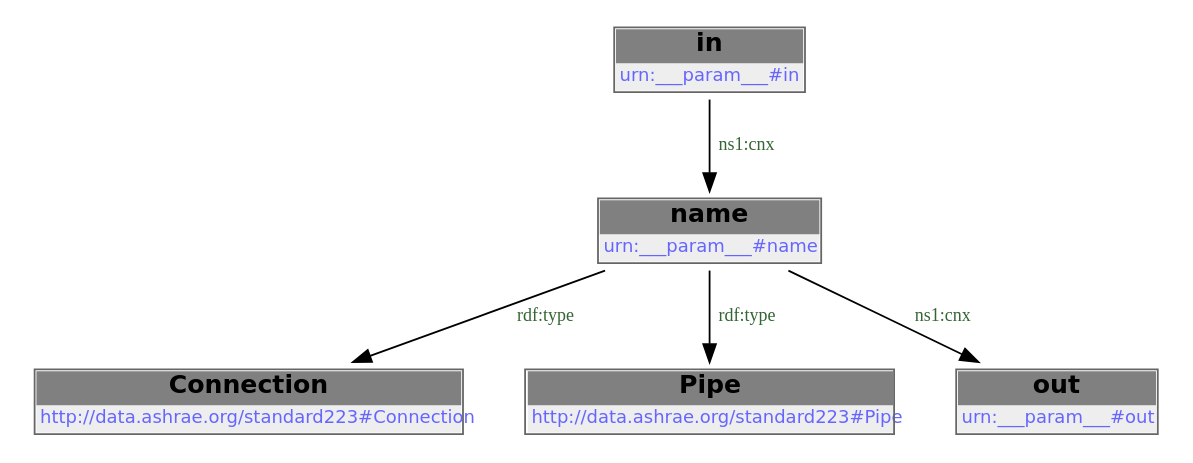
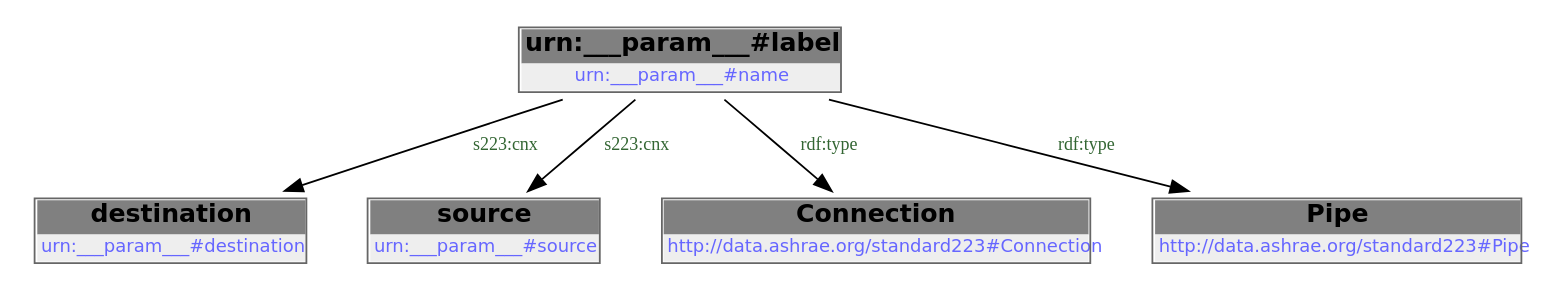
Before and after one commit to DataDrivenCPS/water-ontology: the diagram in docs/libraries/templates/pipe.rst, drawn with Graphviz. The commit also changed other lines of this file and 83 other files, not shown here.

```diff
--- a/docs/libraries/templates/pipe.rst
+++ b/docs/libraries/templates/pipe.rst
@@ -62,14 +56,19 @@
-        .. graphviz::
+.. graphviz::
 
-                digraph G {
-            node [fontname="DejaVu Sans"];
-            node0 -> node1 [color=BLACK, label=< <font point-size='10' color='#336633'>rdf:type</font> >];
-            node0 -> node2 [color=BLACK, label=< <font point-size='10' color='#336633'>rdf:type</font> >];
-            node3 -> node0 [color=BLACK, label=< <font point-size='10' color='#336633'>ns1:cnx</font> >];
-            node0 -> node4 [color=BLACK, label=< <font point-size='10' color='#336633'>ns1:cnx</font> >];
-            node0 [shape=none, color=black, label=< <table color='#666666' cellborder='0' cellspacing='0' border='1'><tr><td colspan='2' bgcolor='grey'><B>name</B></td></tr><tr><td href='urn:___param___#name' bgcolor='#eeeeee' colspan='2'><font point-size='10' color='#6666ff'>urn:___param___#name</font></td></tr></table> >];
-            node1 [shape=none, color=black, label=< <table color='#666666' cellborder='0' cellspacing='0' border='1'><tr><td colspan='2' bgcolor='grey'><B>Connection</B></td></tr><tr><td href='http://data.ashrae.org/standard223#Connection' bgcolor='#eeeeee' colspan='2'><font point-size='10' color='#6666ff'>http://data.ashrae.org/standard223#Connection</font></td></tr></table> >];
-            node2 [shape=none, color=black, label=< <table color='#666666' cellborder='0' cellspacing='0' border='1'><tr><td colspan='2' bgcolor='grey'><B>Pipe</B></td></tr><tr><td href='http://data.ashrae.org/standard223#Pipe' bgcolor='#eeeeee' colspan='2'><font point-size='10' color='#6666ff'>http://data.ashrae.org/standard223#Pipe</font></td></tr></table> >];
-            node3 [shape=none, color=black, label=< <table color='#666666' cellborder='0' cellspacing='0' border='1'><tr><td colspan='2' bgcolor='grey'><B>in</B></td></tr><tr><td href='urn:___param___#in' bgcolor='#eeeeee' colspan='2'><font point-size='10' color='#6666ff'>urn:___param___#in</font></td></tr></table> >];
-            node4 [shape=none, color=black, label=< <table color='#666666' cellborder='0' cellspacing='0' border='1'><tr><td colspan='2' bgcolor='grey'><B>out</B></td></tr><tr><td href='urn:___param___#out' bgcolor='#eeeeee' colspan='2'><font point-size='10' color='#6666ff'>urn:___param___#out</font></td></tr></table> >];
-            }
+    digraph {
+     node [ fontname="DejaVu Sans" ] ;
+        node0 -> node1 [ color=BLACK, label=< <font point-size='10' color='#336633'>s223:cnx</font> > ] ;
+        node0 -> node2 [ color=BLACK, label=< <font point-size='10' color='#336633'>s223:cnx</font> > ] ;
+        node0 -> node3 [ color=BLACK, label=< <font point-size='10' color='#336633'>rdf:type</font> > ] ;
+        node0 -> node4 [ color=BLACK, label=< <font point-size='10' color='#336633'>rdf:type</font> > ] ;
+    # urn:___param___#name node0
+    node0 [ shape=none, color=black label=< <table color='#666666' cellborder='0' cellspacing='0' border='1'><tr><td colspan='2' bgcolor='grey'><B>urn:___param___#label</B></td></tr><tr><td href='urn:___param___#name' bgcolor='#eeeeee' colspan='2'><font point-size='10' color='#6666ff'>urn:___param___#name</font></td></tr></table> > ]
+    # urn:___param___#destination node1
+    node1 [ shape=none, color=black label=< <table color='#666666' cellborder='0' cellspacing='0' border='1'><tr><td colspan='2' bgcolor='grey'><B>destination</B></td></tr><tr><td href='urn:___param___#destination' bgcolor='#eeeeee' colspan='2'><font point-size='10' color='#6666ff'>urn:___param___#destination</font></td></tr></table> > ]
+    # urn:___param___#source node2
+    node2 [ shape=none, color=black label=< <table color='#666666' cellborder='0' cellspacing='0' border='1'><tr><td colspan='2' bgcolor='grey'><B>source</B></td></tr><tr><td href='urn:___param___#source' bgcolor='#eeeeee' colspan='2'><font point-size='10' color='#6666ff'>urn:___param___#source</font></td></tr></table> > ]
+    # http://data.ashrae.org/standard223#Connection node3
+    node3 [ shape=none, color=black label=< <table color='#666666' cellborder='0' cellspacing='0' border='1'><tr><td colspan='2' bgcolor='grey'><B>Connection</B></td></tr><tr><td href='http://data.ashrae.org/standard223#Connection' bgcolor='#eeeeee' colspan='2'><font point-size='10' color='#6666ff'>http://data.ashrae.org/standard223#Connection</font></td></tr></table> > ]
+    # http://data.ashrae.org/standard223#Pipe node4
+    node4 [ shape=none, color=black label=< <table color='#666666' cellborder='0' cellspacing='0' border='1'><tr><td colspan='2' bgcolor='grey'><B>Pipe</B></td></tr><tr><td href='http://data.ashrae.org/standard223#Pipe' bgcolor='#eeeeee' colspan='2'><font point-size='10' color='#6666ff'>http://data.ashrae.org/standard223#Pipe</font></td></tr></table> > ]
+    }
```
